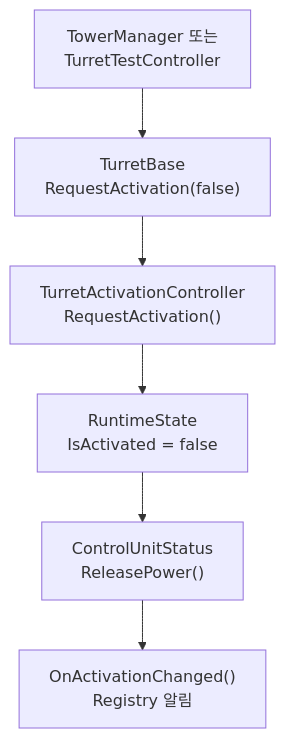
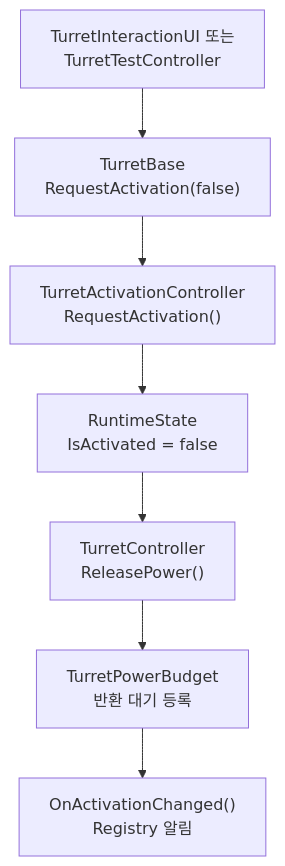
Before and after one commit to Team-HJD-21/team-hjd-docs: the sixth of 16 diagrams in docs/projects/the-developer/turret/runtime-flows.md, drawn with Mermaid. The commit also changed other lines of this file and 35 other files, not shown here.

````diff
--- a/docs/projects/the-developer/turret/runtime-flows.md
+++ b/docs/projects/the-developer/turret/runtime-flows.md
@@ -247,8 +337,9 @@
 ```mermaid
 flowchart TD
-    Request["TowerManager 또는<br>TurretTestController"] --> Base["TurretBase<br>RequestActivation(false)"]
+    Request["TurretInteractionUI 또는<br>TurretTestController"] --> Base["TurretBase<br>RequestActivation(false)"]
     Base --> Controller["TurretActivationController<br>RequestActivation()"]
     Controller --> Off["RuntimeState<br>IsActivated = false"]
-    Off --> Release["ControlUnitStatus<br>ReleasePower()"]
+    Off --> Source["TurretController<br>ReleasePower()"]
+    Source --> Release["TurretPowerBudget<br>반환 대기 등록"]
     Release --> Notify["OnActivationChanged()<br>Registry 알림"]
 ```
````
